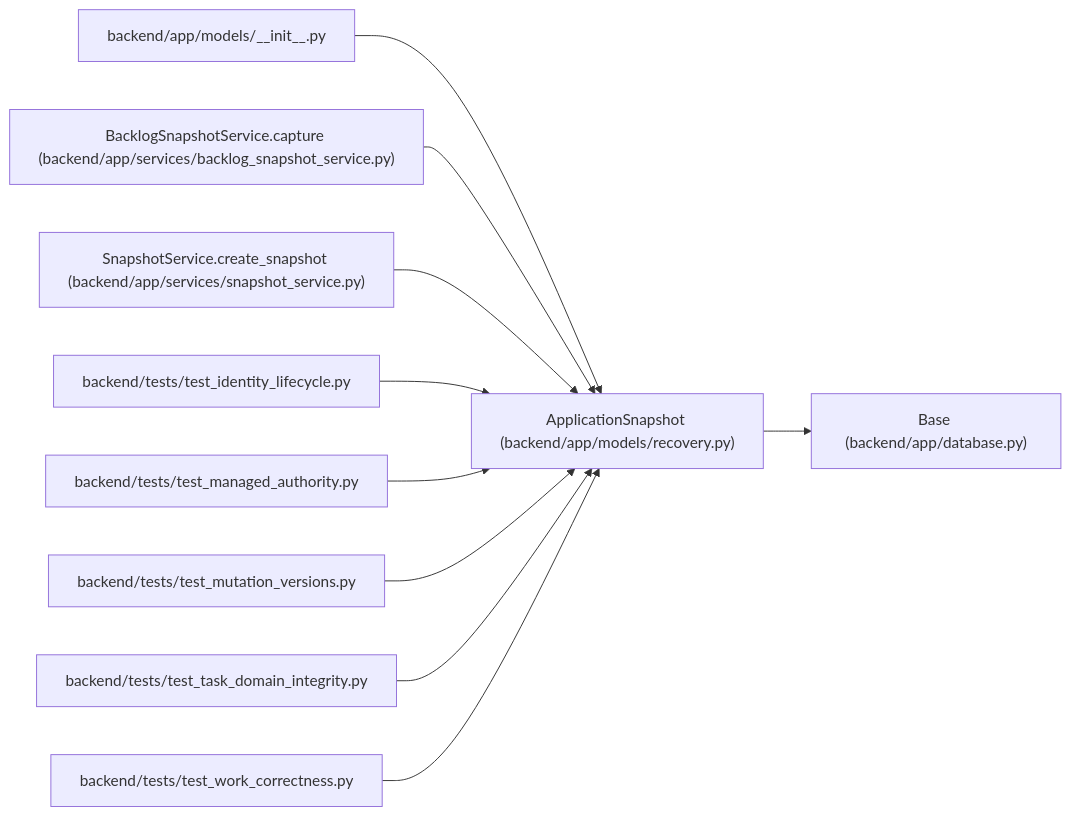
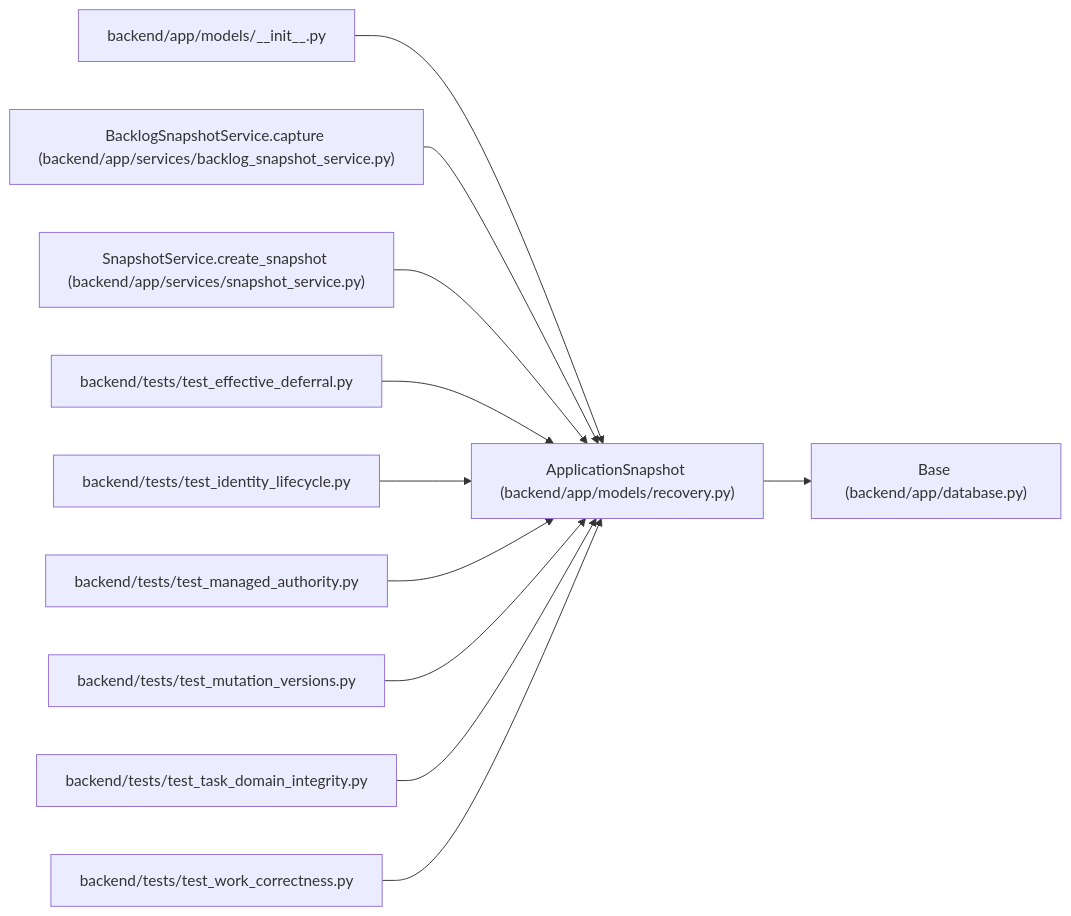
Before and after one commit to Denissvgn/WorkChord: the diagram in docs/llm_wiki/entities/ApplicationSnapshot.md, drawn with Mermaid. The commit also changed other lines of this file and 385 other files, not shown here.

````diff
--- a/docs/llm_wiki/entities/ApplicationSnapshot.md
+++ b/docs/llm_wiki/entities/ApplicationSnapshot.md
@@ -37,32 +37,35 @@
 ```mermaid
 flowchart LR
     n0["ApplicationSnapshot (backend/app/models/recovery.py)"]
     n1["Base (backend/app/database.py)"]
     n2["backend/app/models/__init__.py"]
     n3["BacklogSnapshotService.capture (backend/app/services/backlog_snapshot_service.py)"]
     n4["SnapshotService.create_snapshot (backend/app/services/snapshot_service.py)"]
-    n5["backend/tests/test_identity_lifecycle.py"]
-    n6["backend/tests/test_managed_authority.py"]
-    n7["backend/tests/test_mutation_versions.py"]
-    n8["backend/tests/test_task_domain_integrity.py"]
-    n9["backend/tests/test_work_correctness.py"]
+    n5["backend/tests/test_effective_deferral.py"]
+    n6["backend/tests/test_identity_lifecycle.py"]
+    n7["backend/tests/test_managed_authority.py"]
+    n8["backend/tests/test_mutation_versions.py"]
+    n9["backend/tests/test_task_domain_integrity.py"]
+    n10["backend/tests/test_work_correctness.py"]
     n0 --> n1
     n2 --> n0
     n3 --> n0
     n4 --> n0
     n5 --> n0
     n6 --> n0
     n7 --> n0
     n8 --> n0
     n9 --> n0
+    n10 --> n0
     click n0 "../modules/recovery.md"
     click n1 "../modules/app_database.md"
     click n2 "../modules/models___init__.md"
     click n3 "../modules/backlog_snapshot_service.md"
     click n4 "../modules/snapshot_service.md"
-    click n5 "../modules/test_identity_lifecycle.md"
-    click n6 "../modules/test_managed_authority.md"
-    click n7 "../modules/test_mutation_versions.md"
-    click n8 "../modules/test_task_domain_integrity.md"
-    click n9 "../modules/test_work_correctness.md"
+    click n5 "../modules/test_effective_deferral.md"
+    click n6 "../modules/test_identity_lifecycle.md"
+    click n7 "../modules/test_managed_authority.md"
+    click n8 "../modules/test_mutation_versions.md"
+    click n9 "../modules/test_task_domain_integrity.md"
+    click n10 "../modules/test_work_correctness.md"
 ```
````
